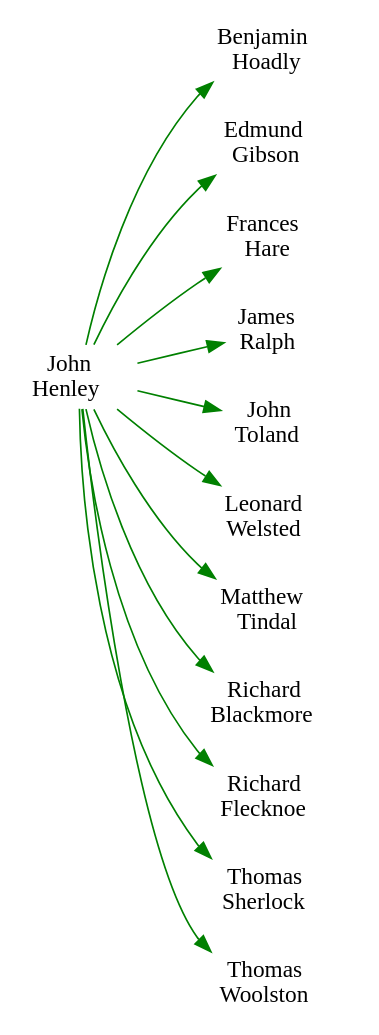
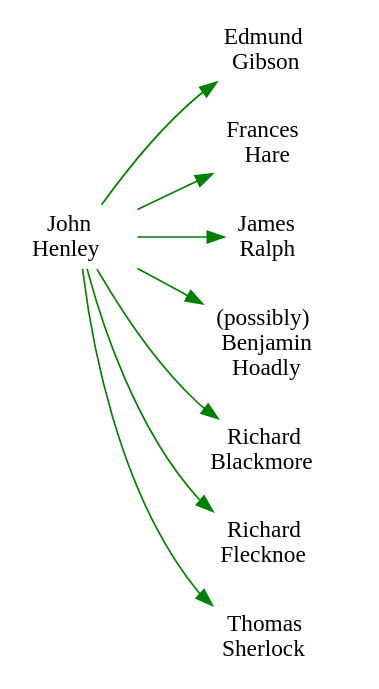
One commit to ontoligent/dunciad changed the diagram in images/JOHN_HENLEY.dot. Above: the diagram before and after it, drawn with Graphviz. The commit also changed 90 other files, not shown here.

```diff
--- a/images/JOHN_HENLEY.dot
+++ b/images/JOHN_HENLEY.dot
@@ -1,27 +1,19 @@
 digraph G {
 rankdir=LR
 node [shape=plaintext]
-BENJAMIN_HOADLY [label=< Benjamin<br/>Hoadly >]
 EDMUND_GIBSON [label=< Edmund<br/>Gibson >]
 FRANCES_HARE [label=< Frances<br/>Hare >]
 JAMES_RALPH [label=< James<br/>Ralph >]
 JOHN_HENLEY [label=< John<br/>Henley >]
-JOHN_TOLAND [label=< John<br/>Toland >]
-LEONARD_WELSTED [label=< Leonard<br/>Welsted >]
-MATTHEW_TINDAL [label=< Matthew<br/>Tindal >]
+POSSIBLY_BENJAMIN_HOADLY [label=< (possibly)<br/>Benjamin<br/>Hoadly >]
 RICHARD_BLACKMORE [label=< Richard<br/>Blackmore >]
 RICHARD_FLECKNOE [label=< Richard<br/>Flecknoe >]
 THOMAS_SHERLOCK [label=< Thomas<br/>Sherlock >]
-THOMAS_WOOLSTON [label=< Thomas<br/>Woolston >]
-JOHN_HENLEY -> BENJAMIN_HOADLY [color=green weight=1]
 JOHN_HENLEY -> EDMUND_GIBSON [color=green weight=1]
 JOHN_HENLEY -> FRANCES_HARE [color=green weight=1]
 JOHN_HENLEY -> JAMES_RALPH [color=green weight=4]
-JOHN_HENLEY -> JOHN_TOLAND [color=green weight=1]
-JOHN_HENLEY -> LEONARD_WELSTED [color=green weight=1]
-JOHN_HENLEY -> MATTHEW_TINDAL [color=green weight=1]
+JOHN_HENLEY -> POSSIBLY_BENJAMIN_HOADLY [color=green weight=1]
 JOHN_HENLEY -> RICHARD_BLACKMORE [color=green weight=1]
 JOHN_HENLEY -> RICHARD_FLECKNOE [color=green weight=1]
 JOHN_HENLEY -> THOMAS_SHERLOCK [color=green weight=1]
-JOHN_HENLEY -> THOMAS_WOOLSTON [color=green weight=1]
 }
```
